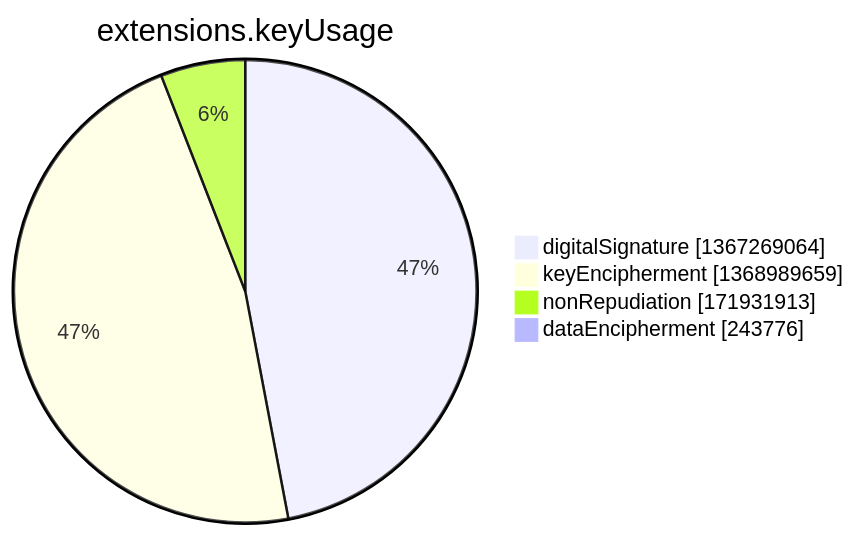
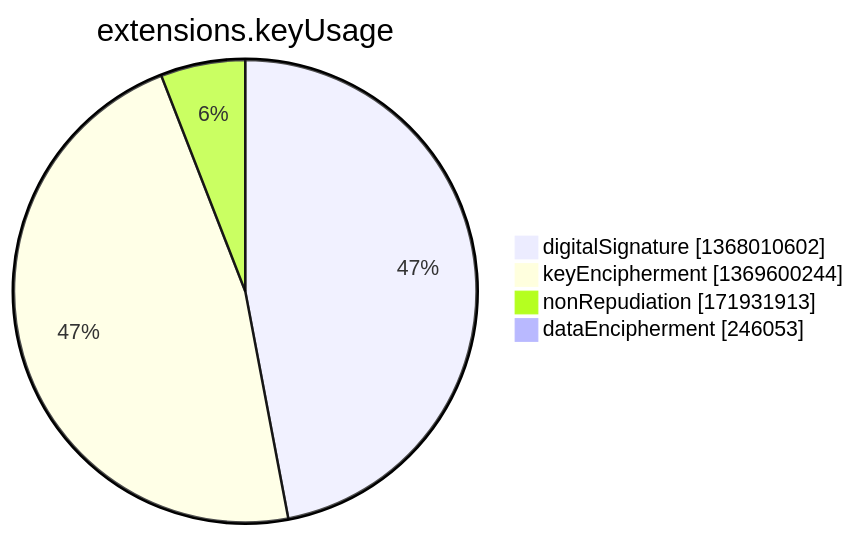
Before and after one commit to christiankrug/ctmonitor_visualization: the seventh of 15 diagrams in argon2022/README.md, drawn with Mermaid. The commit also changed other lines of this file, not shown here.

````diff
--- a/argon2022/README.md
+++ b/argon2022/README.md
@@ -2751,8 +2751,8 @@
 ```mermaid
 pie showData
 title extensions.keyUsage
-"digitalSignature" :1367269064
-"keyEncipherment" :1368989659
+"digitalSignature" :1368010602
+"keyEncipherment" :1369600244
 "nonRepudiation" :171931913
-"dataEncipherment" :243776
+"dataEncipherment" :246053
 ```
````
